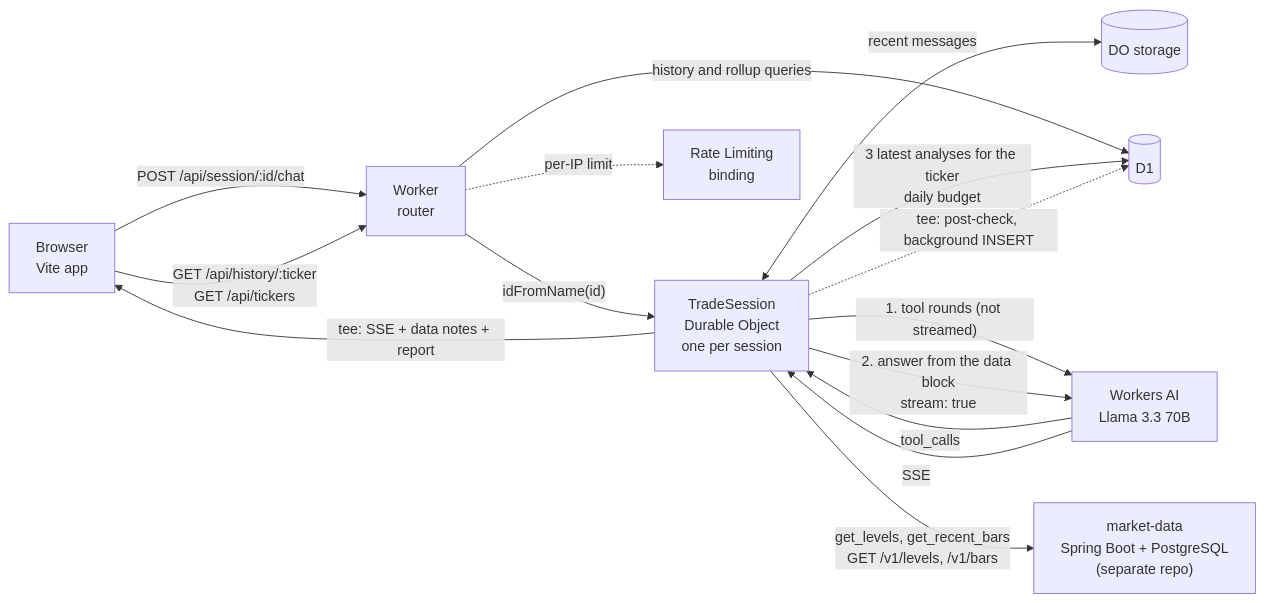
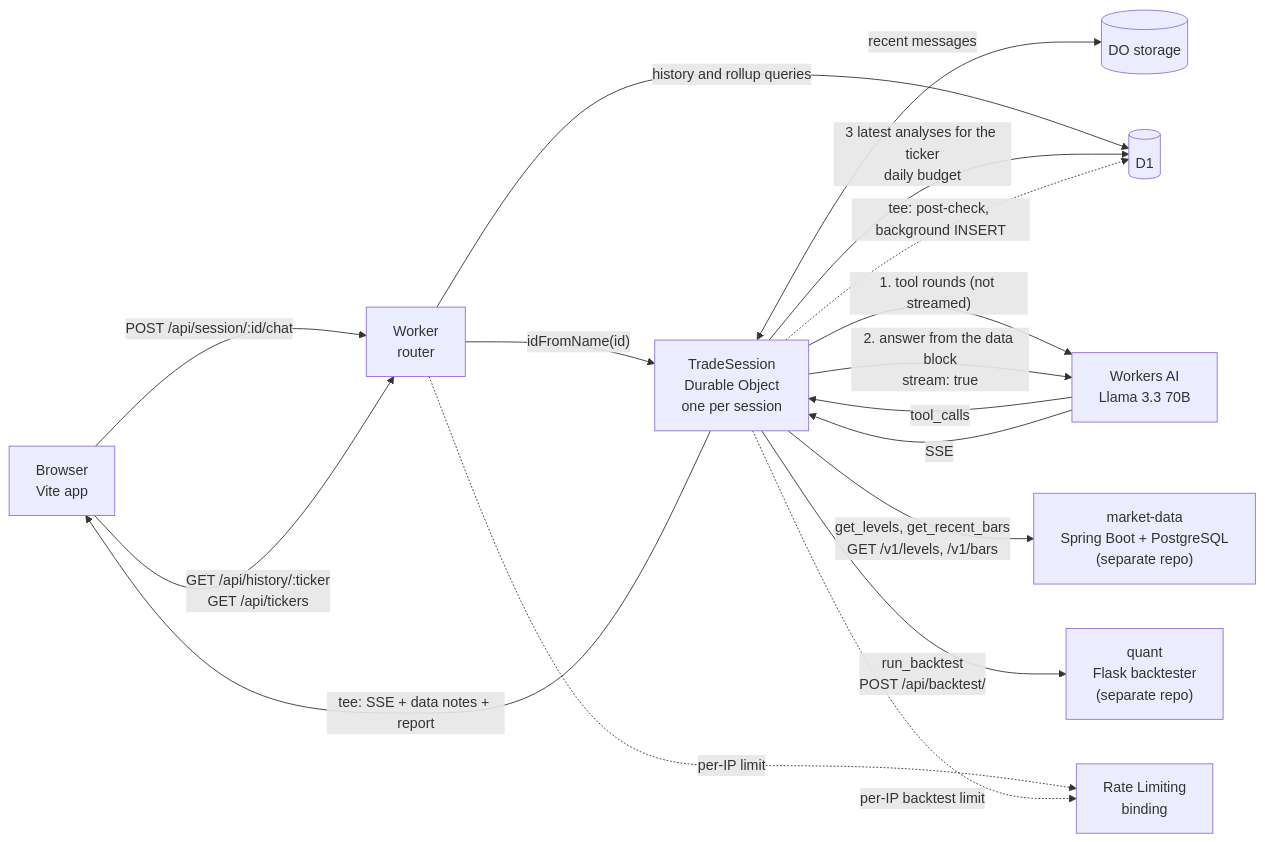
The diagram in README.md (lokaz-c/cf_ai_tradedesk), drawn with Mermaid before and after one commit. The commit also changed other lines of this file and 1 other file, not shown here.

Commit message:
README: backtest tool, its limits, quant in the diagram, tests

````diff
--- a/README.md
+++ b/README.md
@@ -15,17 +15,19 @@
 ```mermaid
 flowchart LR
     B["Browser<br>Vite app"] -->|"POST /api/session/:id/chat"| W["Worker<br>router"]
     B -->|"GET /api/history/:ticker<br>GET /api/tickers"| W
     W -->|"idFromName(id)"| DO["TradeSession<br>Durable Object<br>one per session"]
     W -->|"history and rollup queries"| D1[("D1")]
     W -.->|"per-IP limit"| RL["Rate Limiting<br>binding"]
     DO <-->|"recent messages"| S[("DO storage")]
     DO -->|"3 latest analyses for the ticker<br>daily budget"| D1
     DO -->|"1. tool rounds (not streamed)"| AI["Workers AI<br>Llama 3.3 70B"]
     AI -->|"tool_calls"| DO
     DO -->|"get_levels, get_recent_bars<br>GET /v1/levels, /v1/bars"| MD["market-data<br>Spring Boot + PostgreSQL<br>(separate repo)"]
+    DO -->|"run_backtest<br>POST /api/backtest/"| Q["quant<br>Flask backtester<br>(separate repo)"]
+    DO -.->|"per-IP backtest limit"| RL
     DO -->|"2. answer from the data block<br>stream: true"| AI
     AI -->|"SSE"| DO
     DO -->|"tee: SSE + data notes + report"| B
     DO -.->|"tee: post-check, background INSERT"| D1
 ```
````
